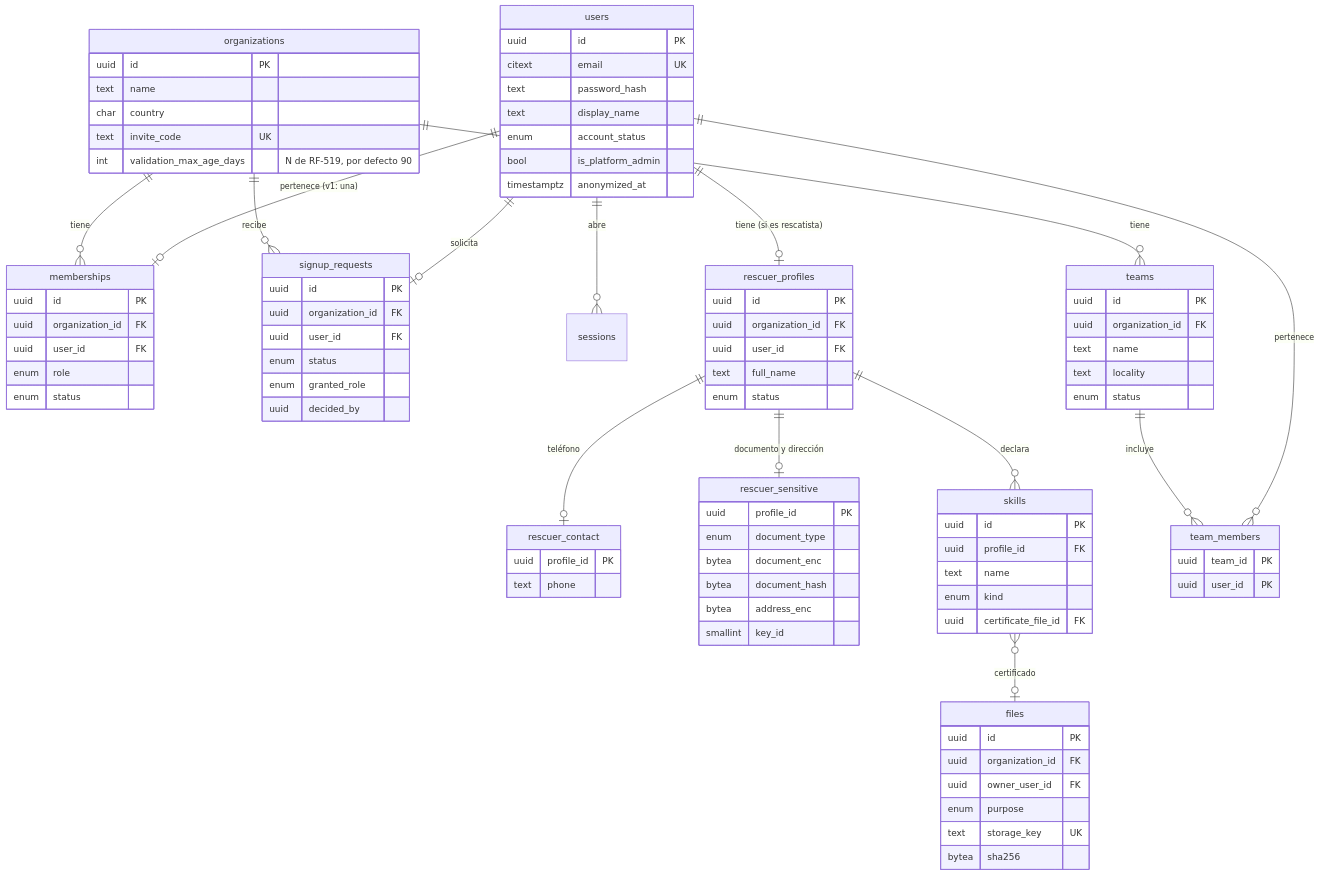
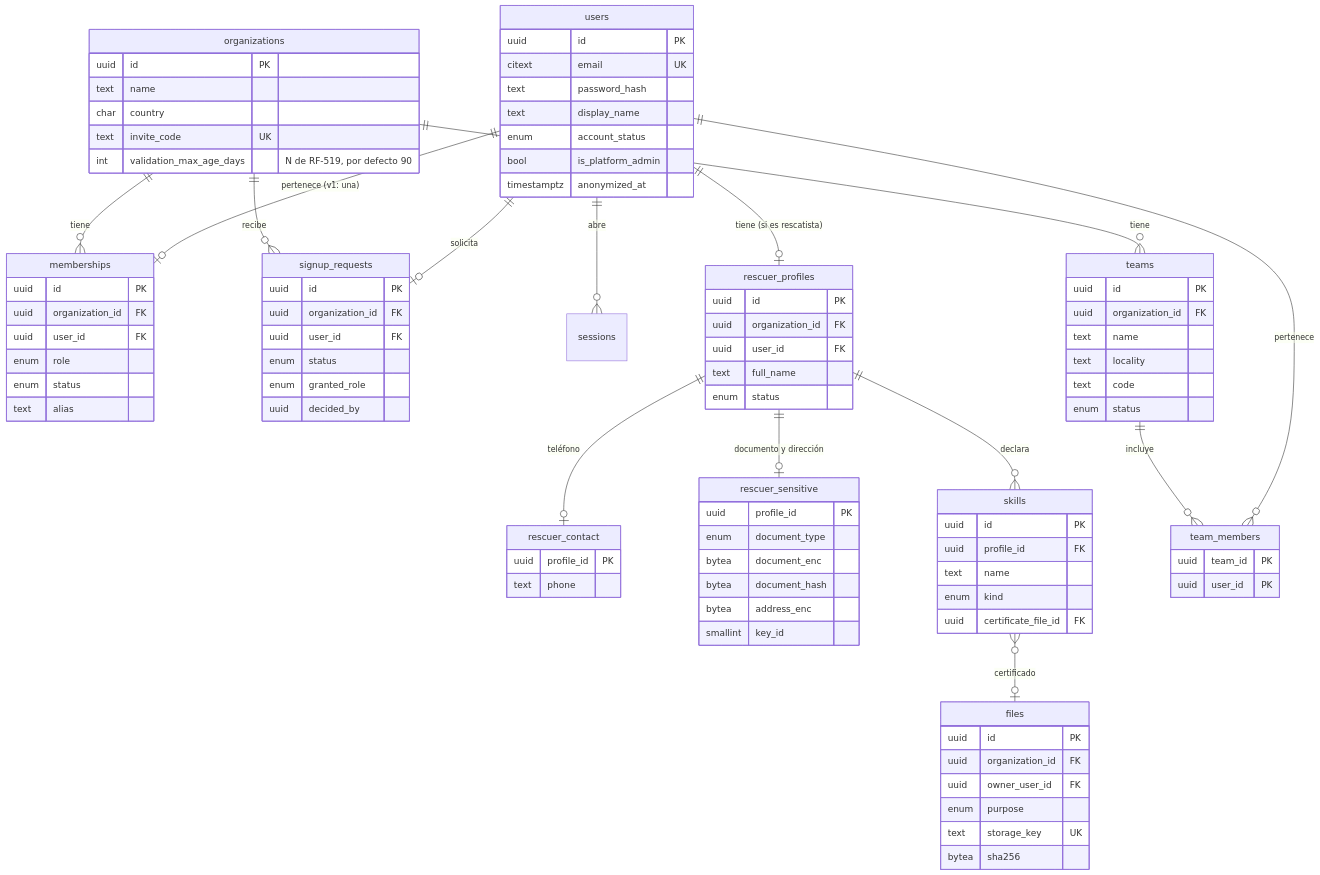
One commit to CristianAntVal85/OnWay changed the first of 3 diagrams in docs/05-modelo-de-datos.md. Above: the diagram before and after it, drawn with Mermaid. The commit also changed other lines of this file and 9 other files, not shown here.

```diff
--- a/docs/05-modelo-de-datos.md
+++ b/docs/05-modelo-de-datos.md
@@ -101,6 +101,7 @@
         uuid user_id FK
         enum role
         enum status
+        text alias
     }
     signup_requests {
         uuid id PK
@@ -149,6 +150,7 @@
         uuid organization_id FK
         text name
         text locality
+        text code
         enum status
     }
     team_members {
```
